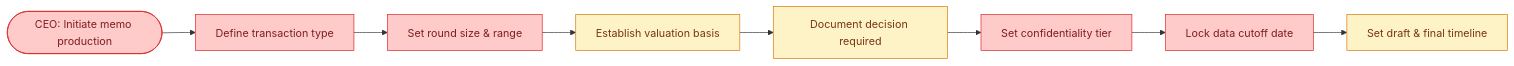
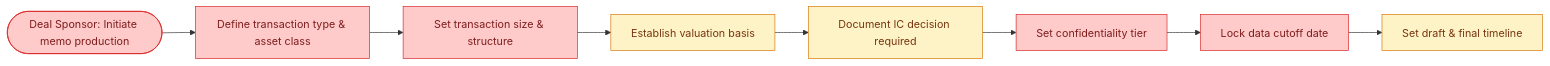
The first of 16 diagrams in README.md (mrchanpark/IC-Memo-Flow-Chart-V2), drawn with Mermaid before and after one commit. The commit also changed other lines of this file and 2 other files, not shown here.

````diff
--- a/README.md
+++ b/README.md
@@ -24,12 +25,12 @@
 ```mermaid
 flowchart LR
-  P01(["CEO: Initiate memo production"]):::red --> P02["Define transaction type"]:::red
-  P02 --> P03["Set round size & range"]:::red
+  P01(["Deal Sponsor: Initiate memo production"]):::red --> P02["Define transaction type & asset class"]:::red
+  P02 --> P03["Set transaction size & structure"]:::red
   P03 --> P04["Establish valuation basis"]:::yel
-  P04 --> P05["Document decision required"]:::yel
+  P04 --> P05["Document IC decision required"]:::yel
   P05 --> P06["Set confidentiality tier"]:::red
   P06 --> P07["Lock data cutoff date"]:::red
   P07 --> P08["Set draft & final timeline"]:::yel
   classDef red fill:#fecaca,stroke:#dc2626,color:#7f1d1d
   classDef yel fill:#fef3c7,stroke:#d97706,color:#78350f
 ```
````
